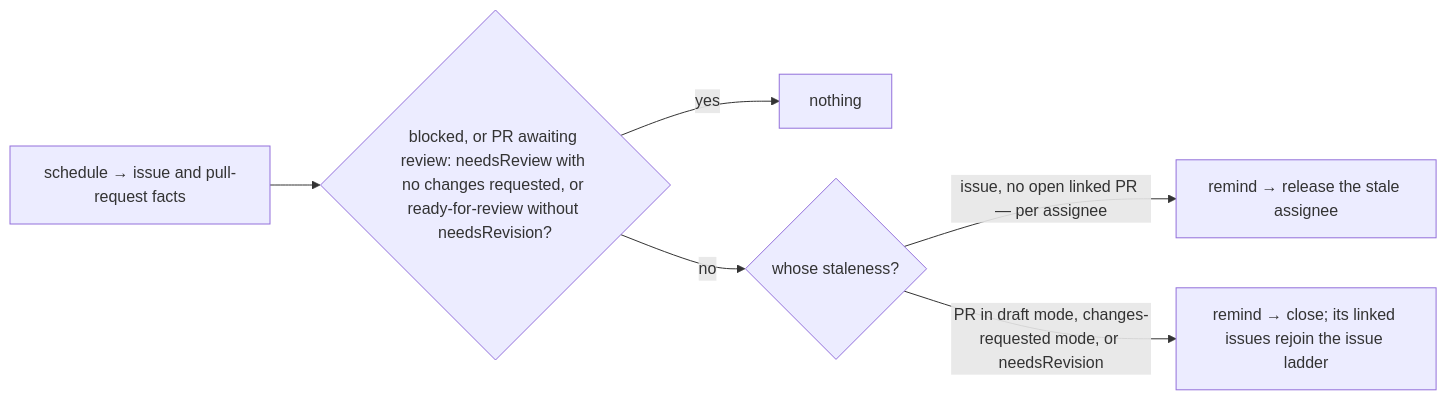
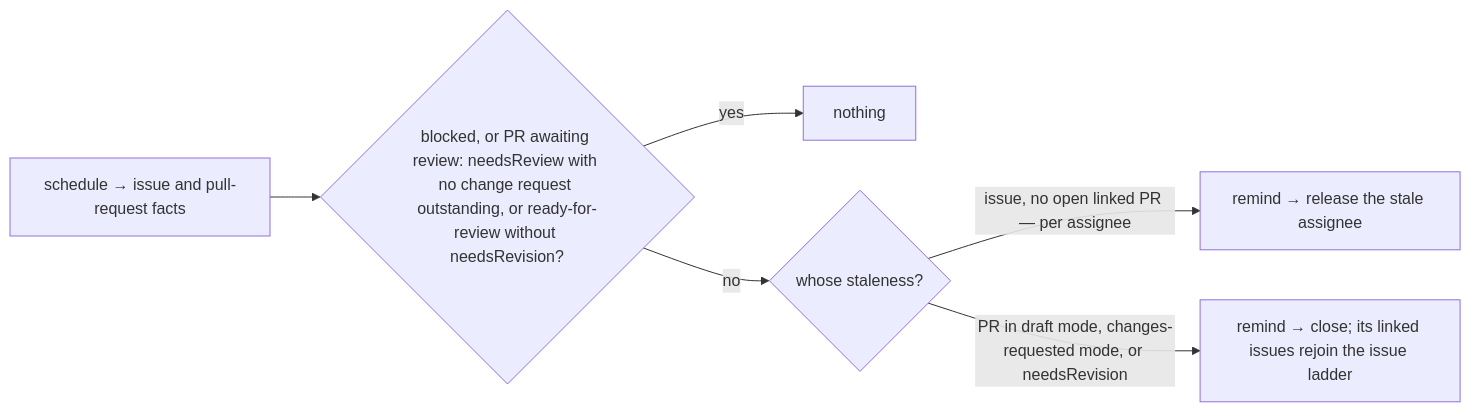
The diagram in packages/capabilities/src/inactivity/design.md (cheese-cakee/sdk-automations), drawn with Mermaid before and after one commit. The commit also changed other lines of this file and 23 other files, not shown here.

````diff
--- a/packages/capabilities/src/inactivity/design.md
+++ b/packages/capabilities/src/inactivity/design.md
@@ -129,8 +130,8 @@
 ```mermaid
 flowchart LR
-    S["schedule → issue and pull-request facts"] --> X{"blocked, or PR awaiting review: needsReview with no changes requested, or ready-for-review without needsRevision?"}
+    S["schedule → issue and pull-request facts"] --> X{"blocked, or PR awaiting review: needsReview with no change request outstanding, or ready-for-review without needsRevision?"}
     X -->|yes| N["nothing"]
     X -->|no| C{"whose staleness?"}
     C -->|"issue, no open linked PR — per assignee"| I1["remind → release the stale assignee"]
     C -->|"PR in draft mode, changes-requested mode, or needsRevision"| P1["remind → close; its linked issues rejoin the issue ladder"]
 ```
````
